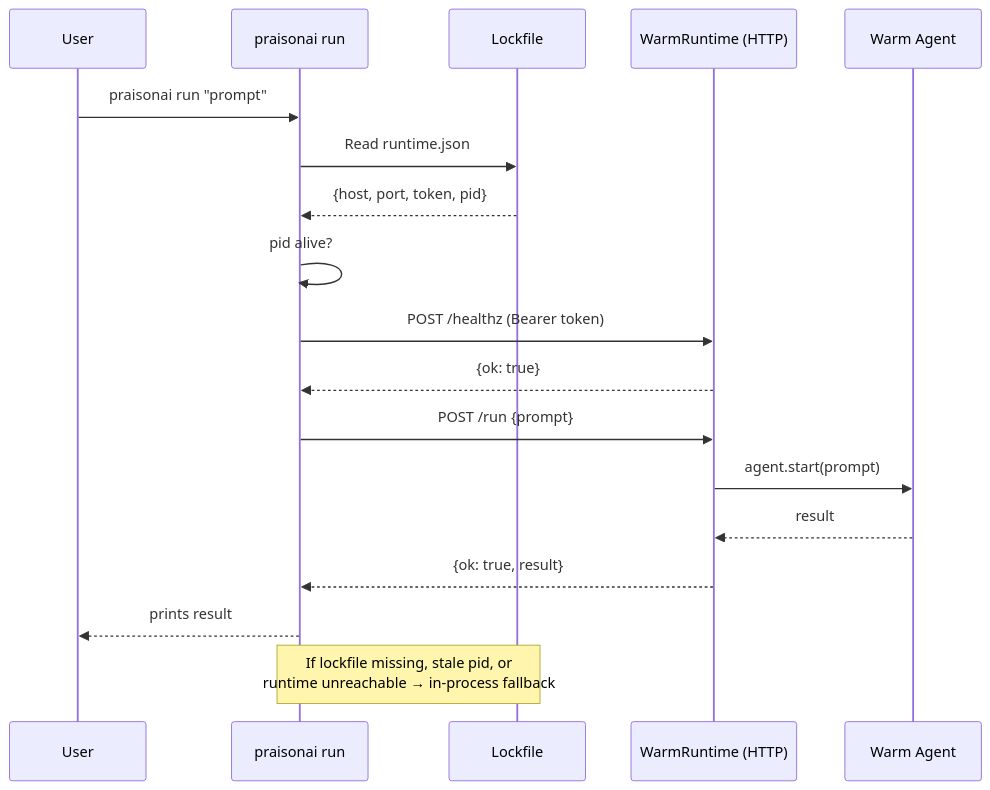
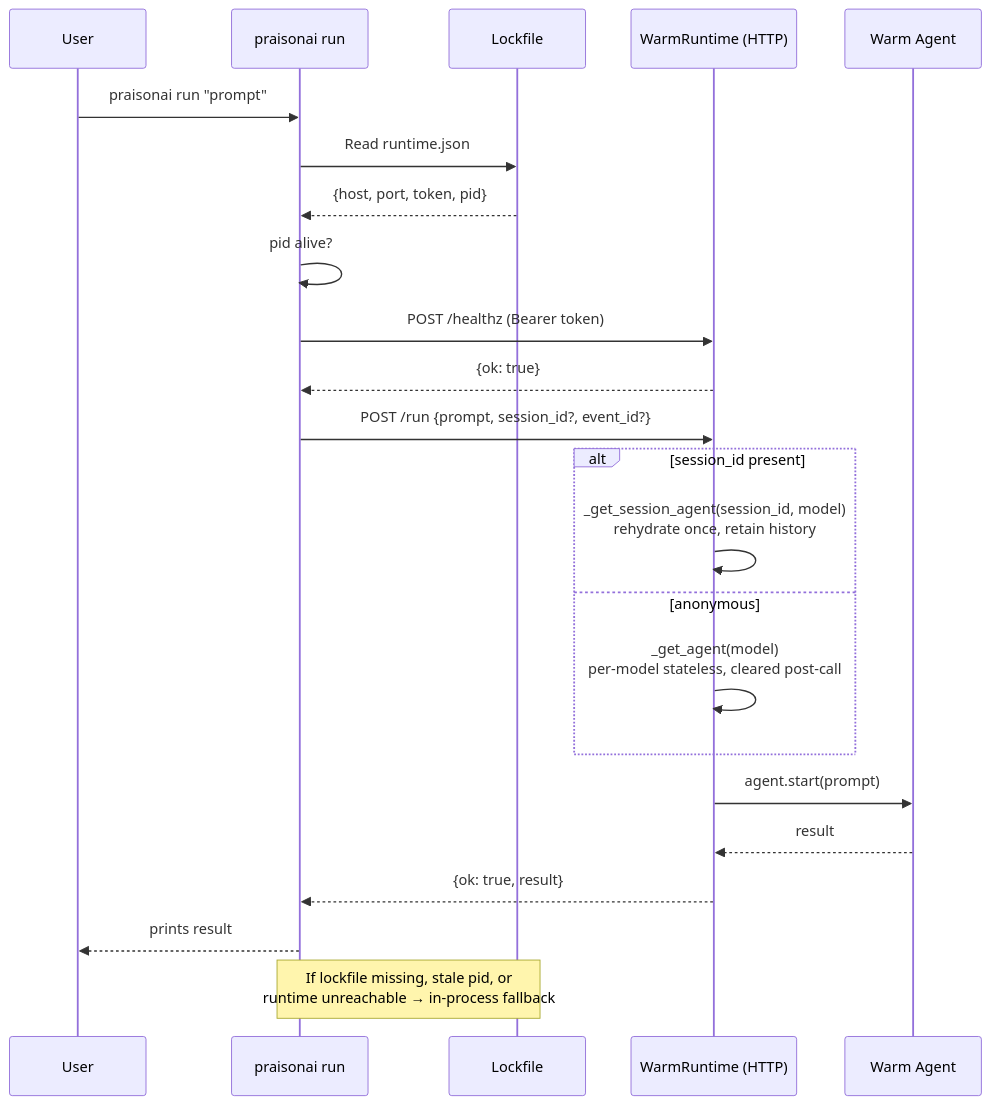
One commit to MervinPraison/PraisonAIDocs changed the second of 3 diagrams in docs/features/daemon.mdx. Above: the diagram before and after it, drawn with Mermaid. The commit also changed other lines of this file and 2 other files, not shown here.

First line of the commit message:
docs: warm runtime now hosts stateful per-session agents (fixes #2452)

````diff
--- a/docs/features/daemon.mdx
+++ b/docs/features/daemon.mdx
@@ -100,22 +100,27 @@
 ```mermaid
 sequenceDiagram
     participant User
     participant run as praisonai run
     participant lock as Lockfile
     participant daemon as WarmRuntime (HTTP)
     participant agent as Warm Agent
 
     User->>run: praisonai run "prompt"
     run->>lock: Read runtime.json
     lock-->>run: {host, port, token, pid}
     run->>run: pid alive?
     run->>daemon: POST /healthz (Bearer token)
     daemon-->>run: {ok: true}
-    run->>daemon: POST /run {prompt}
+    run->>daemon: POST /run {prompt, session_id?, event_id?}
+    alt session_id present
+        daemon->>daemon: _get_session_agent(session_id, model)<br/>rehydrate once, retain history
+    else anonymous
+        daemon->>daemon: _get_agent(model)<br/>per-model stateless, cleared post-call
+    end
     daemon->>agent: agent.start(prompt)
     agent-->>daemon: result
     daemon-->>run: {ok: true, result}
     run-->>User: prints result
 
     Note over run,lock: If lockfile missing, stale pid, or<br/>runtime unreachable → in-process fallback
 ```
````
